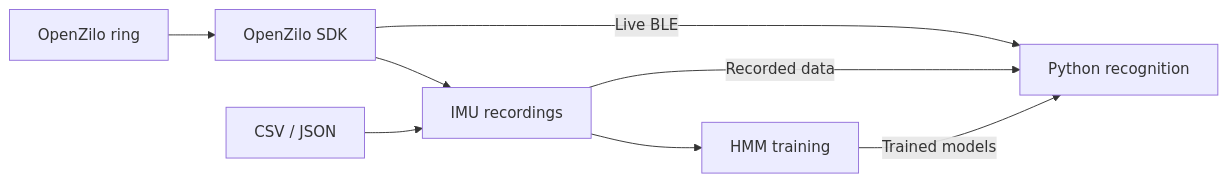
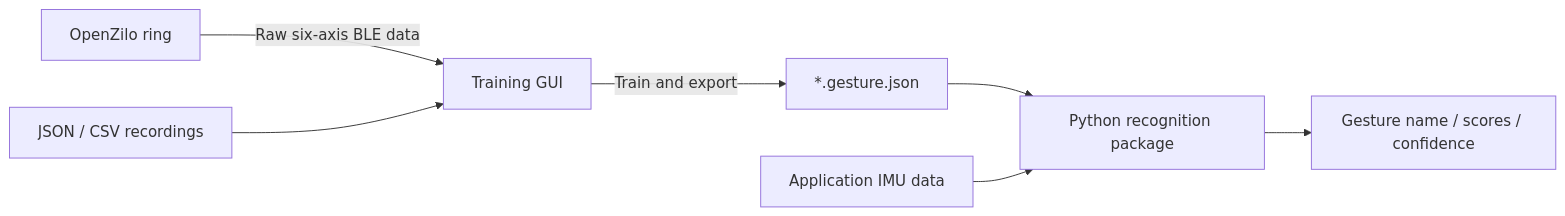
Before and after one commit to ziloai/OpenZilo-HMM: the diagram in README.md, drawn with Mermaid. The commit also changed other lines of this file and 36 other files, not shown here.

Commit message:
feat: split gesture studio and runtime with uv workspace

````diff
--- a/README.md
+++ b/README.md
@@ -38,10 +22,9 @@
 ```mermaid
 flowchart LR
-    ring["OpenZilo ring"] --> sdk["OpenZilo SDK"]
-    sdk --> recordings["IMU recordings"]
-    files["CSV / JSON"] --> recordings
-    recordings --> training["HMM training"]
-    training -->|Trained models| recognition["Python recognition"]
-    sdk -->|Live BLE| recognition
-    recordings -->|Recorded data| recognition
+    ring[OpenZilo ring] -->|Raw six-axis BLE data| studio[Training GUI]
+    data[JSON / CSV recordings] --> studio
+    studio -->|Train and export| bundle["*.gesture.json"]
+    bundle --> runtime[Python recognition package]
+    input[Application IMU data] --> runtime
+    runtime --> output[Gesture name / scores / confidence]
 ```
````
